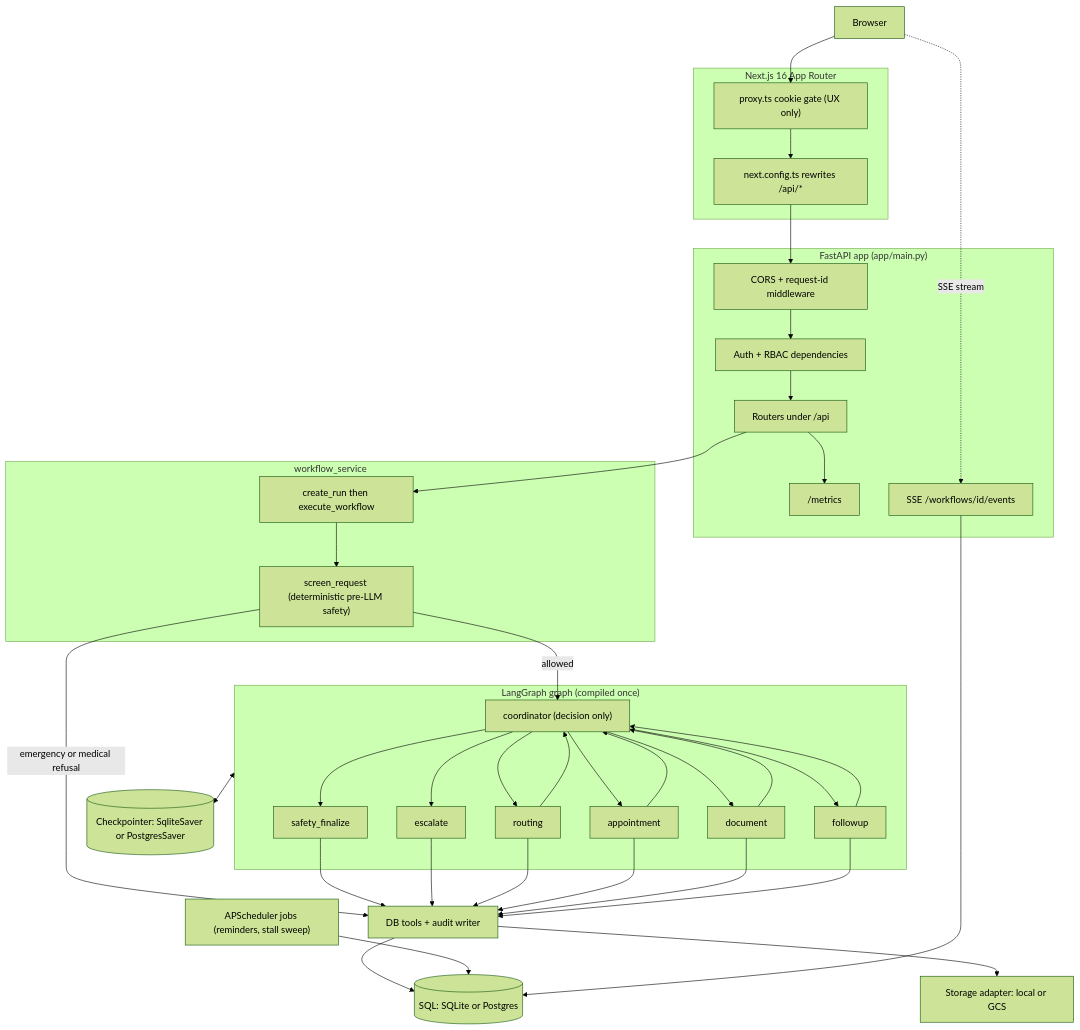
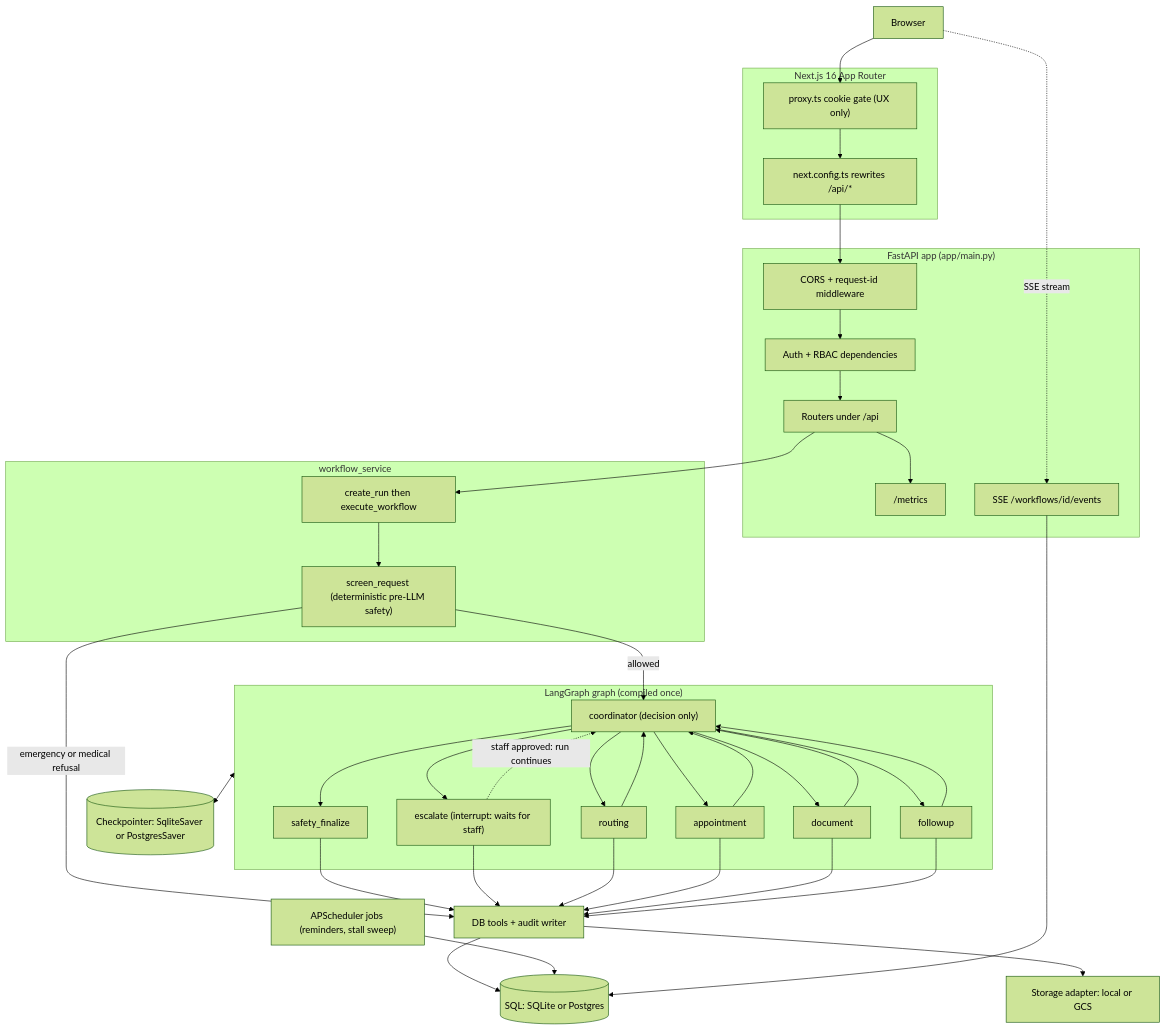
One commit to Gaurang140/agentcare changed the diagram in README.md. Above: the diagram before and after it, drawn with Mermaid (forest theme). The commit also changed other lines of this file and 3 other files, not shown here.

````diff
--- a/README.md
+++ b/README.md
@@ -258,60 +291,61 @@
 ```mermaid
 flowchart TD
     browser["Browser"]
 
     subgraph frontend["Next.js 16 App Router"]
         proxy["proxy.ts cookie gate (UX only)"]
         rewrites["next.config.ts rewrites /api/*"]
     end
 
     subgraph api["FastAPI app (app/main.py)"]
         mw["CORS + request-id middleware"]
         rbac["Auth + RBAC dependencies"]
         routers["Routers under /api"]
         metrics["/metrics"]
         sse["SSE /workflows/id/events"]
     end
 
     subgraph service["workflow_service"]
         screen["screen_request (deterministic pre-LLM safety)"]
         run["create_run then execute_workflow"]
     end
 
     subgraph lg["LangGraph graph (compiled once)"]
         coord["coordinator (decision only)"]
         routing["routing"]
         appt["appointment"]
         doc["document"]
         followup["followup"]
         safety["safety_finalize"]
-        esc["escalate"]
+        esc["escalate (interrupt: waits for staff)"]
     end
 
     tools["DB tools + audit writer"]
     sql[("SQL: SQLite or Postgres")]
     store["Storage adapter: local or GCS"]
     ckpt[("Checkpointer: SqliteSaver or PostgresSaver")]
     sched["APScheduler jobs (reminders, stall sweep)"]
 
     browser --> proxy --> rewrites --> mw --> rbac --> routers --> run
     run --> screen
     screen -->|allowed| coord
     screen -->|emergency or medical refusal| tools
     coord --> routing --> coord
     coord --> appt --> coord
     coord --> doc --> coord
     coord --> followup --> coord
     coord --> safety --> tools
     coord --> esc --> tools
+    esc -. "staff approved: run continues" .-> coord
     routing --> tools
     appt --> tools
     doc --> tools
     followup --> tools
     tools --> sql
     tools --> store
     lg <--> ckpt
     sched --> sql
     routers --> metrics
     sse --> sql
     browser -. SSE stream .-> sse
 ```
````
